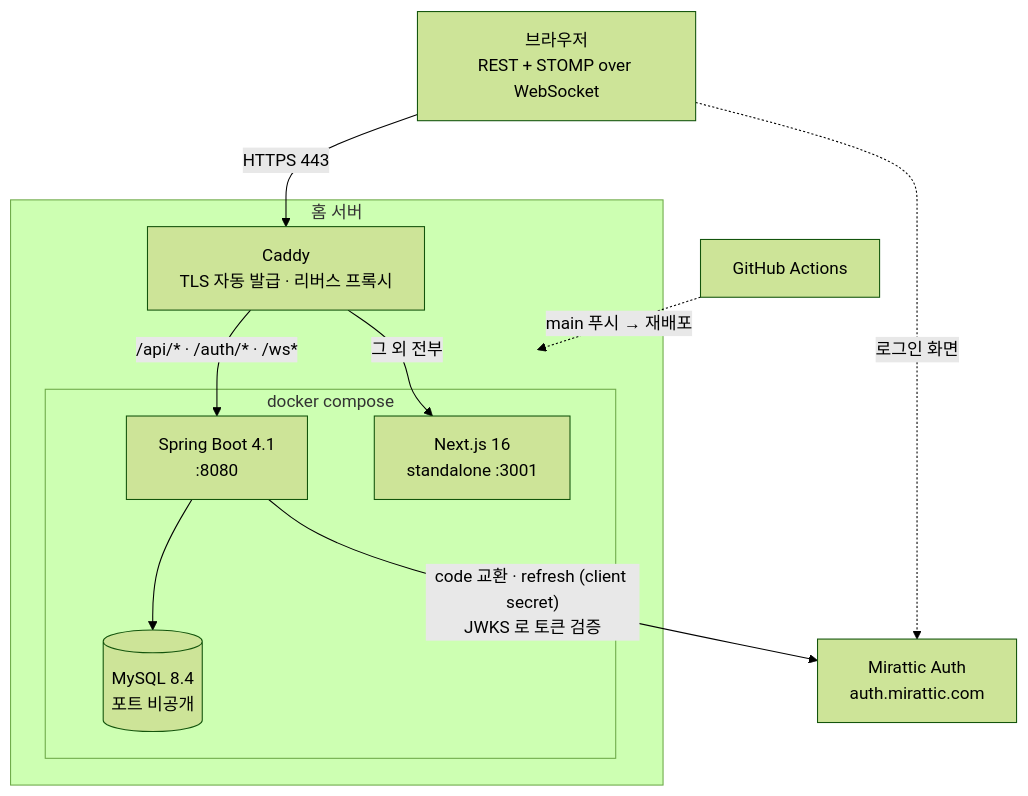
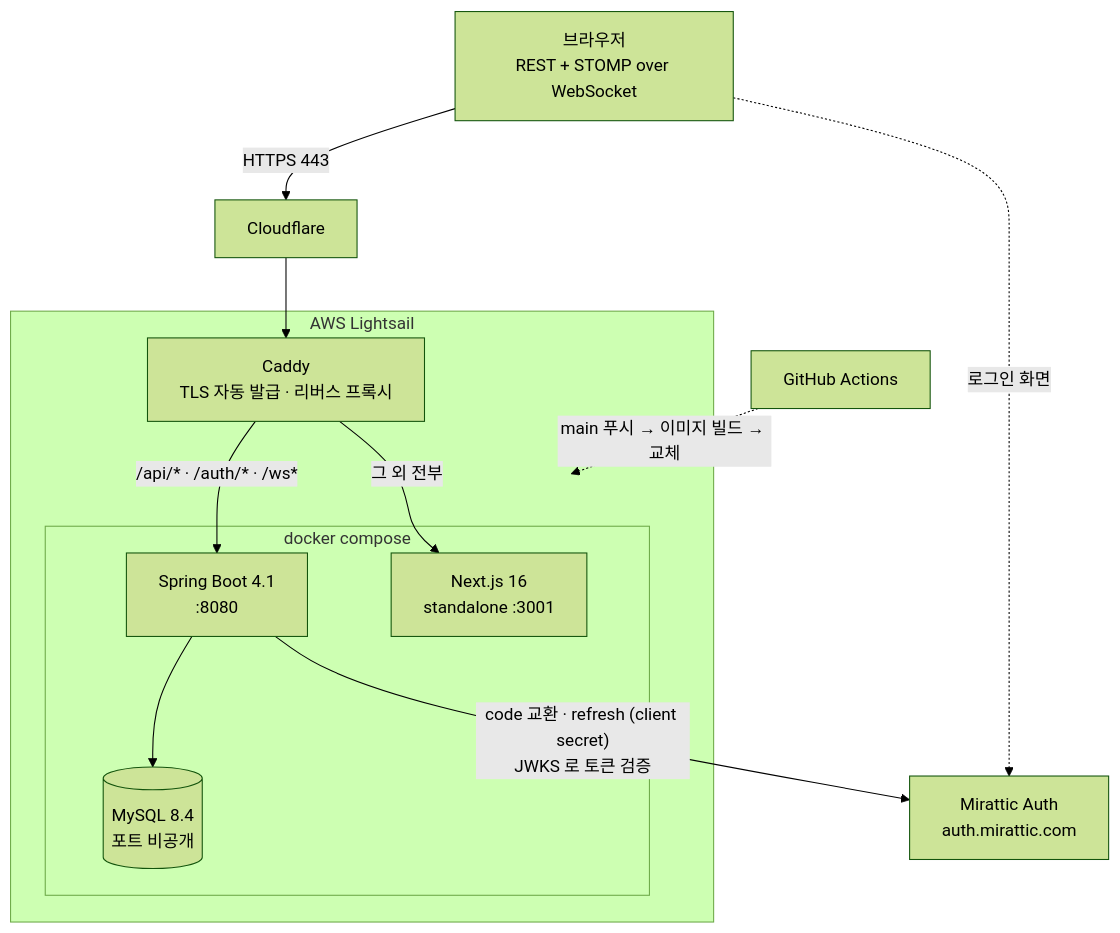
One commit to G1Se0k/MiratticFlow changed the diagram in README.md. Above: the diagram before and after it, drawn with Mermaid (forest theme). The commit also changed other lines of this file and 1 other file, not shown here.

Commit message:
README: Lightsail behind Cloudflare, Kakao / Naver / Google sign-in, current counts (54 REST mappings, 125 tests), the image-based deploy as it runs now, links to the other repos. .env.prod.example lists only what the production compose reads. Codex Sol: PASS.

````diff
--- a/README.md
+++ b/README.md
@@ -41,24 +41,24 @@
 ```mermaid
 flowchart TB
     B["브라우저<br/>REST + STOMP over WebSocket"]
 
-    subgraph host["홈 서버"]
+    subgraph host["AWS Lightsail"]
         CA["Caddy<br/>TLS 자동 발급 · 리버스 프록시"]
         subgraph compose["docker compose"]
             FE["Next.js 16<br/>standalone :3001"]
             BE["Spring Boot 4.1<br/>:8080"]
             DB[("MySQL 8.4<br/>포트 비공개")]
         end
     end
 
     GH["GitHub Actions"]
 
-    B -->|"HTTPS 443"| CA
+    B -->|"HTTPS 443"| CF["Cloudflare"] --> CA
     CA -->|"/api/* · /auth/* · /ws*"| BE
     CA -->|"그 외 전부"| FE
     BE --> DB
-    GH -.->|"main 푸시 → 재배포"| compose
+    GH -.->|"main 푸시 → 이미지 빌드 → 교체"| compose
     AU["Mirattic Auth<br/>auth.mirattic.com"]
     B -.->|"로그인 화면"| AU
     BE -->|"code 교환 · refresh (client secret)<br/>JWKS 로 토큰 검증"| AU
 ```
````
